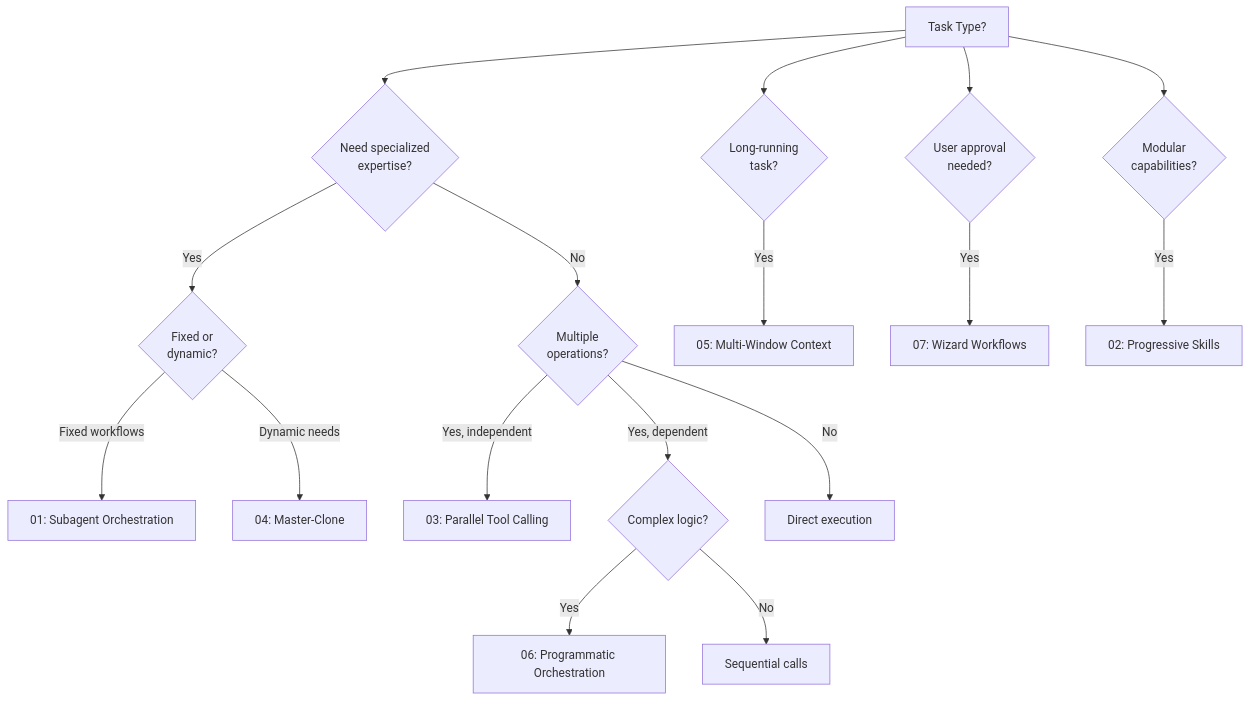
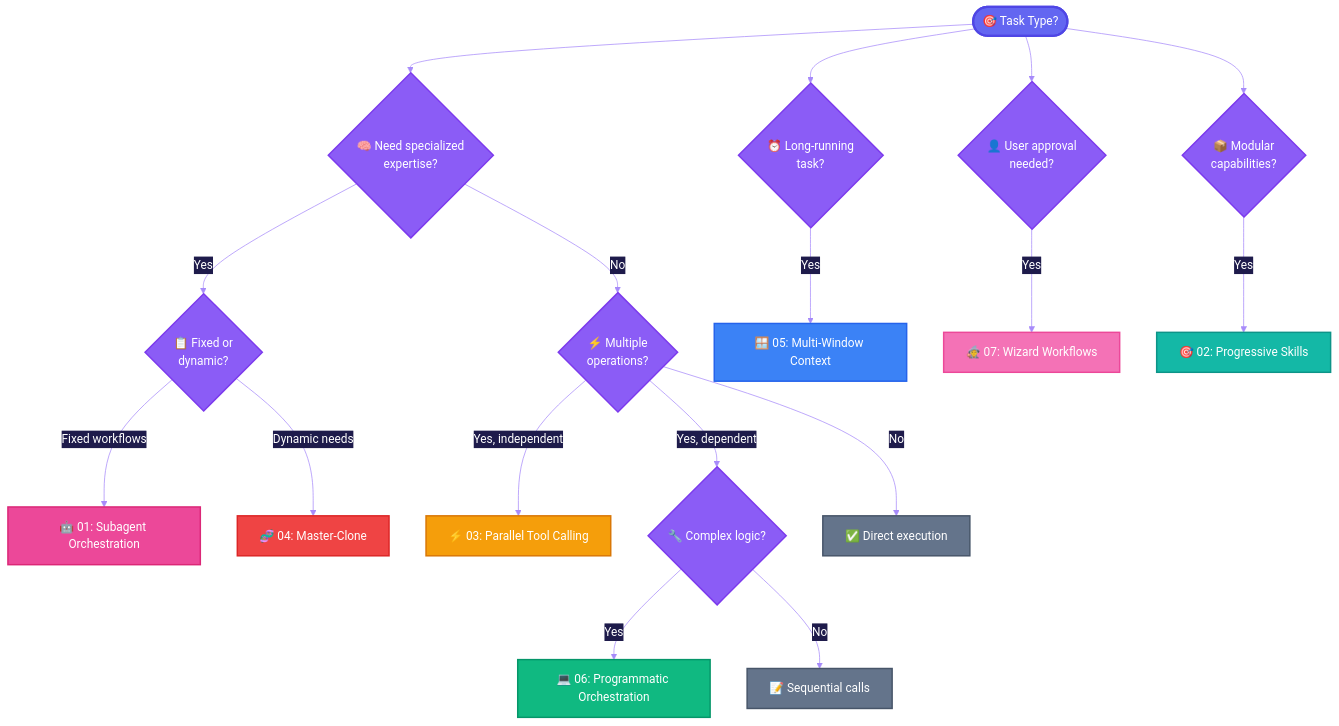
One commit to ThibautMelen/agentic-ai-systems changed the second of 6 diagrams in README.md. Above: the diagram before and after it, drawn with Mermaid. The commit also changed other lines of this file and 7 other files, not shown here.

First line of the commit message:
style(diagrams): add vibrant colors to all Mermaid diagrams

````diff
--- a/README.md
+++ b/README.md
@@ -83,26 +84,38 @@
 ```mermaid
+%%{init: {'theme': 'base', 'themeVariables': { 'primaryColor': '#8b5cf6', 'primaryTextColor': '#ffffff', 'primaryBorderColor': '#7c3aed', 'lineColor': '#a78bfa', 'secondaryColor': '#f472b6', 'tertiaryColor': '#2dd4bf', 'background': '#0f172a', 'mainBkg': '#1e1b4b', 'nodeBorder': '#a78bfa', 'clusterBkg': '#1e1b4b', 'titleColor': '#f8fafc', 'edgeLabelBackground': '#1e1b4b'}}}%%
 flowchart TD
-    Start[Task Type?] --> Q1{Need specialized<br/>expertise?}
+    Start([🎯 Task Type?]):::startNode --> Q1{🧠 Need specialized<br/>expertise?}:::questionNode
 
-    Q1 -->|Yes| Q2{Fixed or<br/>dynamic?}
-    Q1 -->|No| Q3{Multiple<br/>operations?}
+    Q1 -->|Yes| Q2{📋 Fixed or<br/>dynamic?}:::questionNode
+    Q1 -->|No| Q3{⚡ Multiple<br/>operations?}:::questionNode
 
-    Q2 -->|Fixed workflows| P1[01: Subagent Orchestration]
-    Q2 -->|Dynamic needs| P4[04: Master-Clone]
+    Q2 -->|Fixed workflows| P1[🤖 01: Subagent Orchestration]:::patternNode1
+    Q2 -->|Dynamic needs| P4[🧬 04: Master-Clone]:::patternNode4
 
-    Q3 -->|Yes, independent| P3[03: Parallel Tool Calling]
-    Q3 -->|Yes, dependent| Q4{Complex logic?}
-    Q3 -->|No| Direct[Direct execution]
+    Q3 -->|Yes, independent| P3[⚡ 03: Parallel Tool Calling]:::patternNode3
+    Q3 -->|Yes, dependent| Q4{🔧 Complex logic?}:::questionNode
+    Q3 -->|No| Direct[✅ Direct execution]:::directNode
 
-    Q4 -->|Yes| P6[06: Programmatic Orchestration]
-    Q4 -->|No| Sequential[Sequential calls]
+    Q4 -->|Yes| P6[💻 06: Programmatic Orchestration]:::patternNode6
+    Q4 -->|No| Sequential[📝 Sequential calls]:::directNode
 
-    Start --> Q5{Long-running<br/>task?}
-    Q5 -->|Yes| P5[05: Multi-Window Context]
+    Start --> Q5{⏰ Long-running<br/>task?}:::questionNode
+    Q5 -->|Yes| P5[🪟 05: Multi-Window Context]:::patternNode5
 
-    Start --> Q6{User approval<br/>needed?}
-    Q6 -->|Yes| P7[07: Wizard Workflows]
+    Start --> Q6{👤 User approval<br/>needed?}:::questionNode
+    Q6 -->|Yes| P7[🧙 07: Wizard Workflows]:::patternNode7
 
-    Start --> Q7{Modular<br/>capabilities?}
-    Q7 -->|Yes| P2[02: Progressive Skills]
+    Start --> Q7{📦 Modular<br/>capabilities?}:::questionNode
+    Q7 -->|Yes| P2[🎯 02: Progressive Skills]:::patternNode2
+
+    classDef startNode fill:#6366f1,stroke:#4f46e5,stroke-width:3px,color:#ffffff
+    classDef questionNode fill:#8b5cf6,stroke:#7c3aed,stroke-width:2px,color:#ffffff
+    classDef patternNode1 fill:#ec4899,stroke:#db2777,stroke-width:2px,color:#ffffff
+    classDef patternNode2 fill:#14b8a6,stroke:#0d9488,stroke-width:2px,color:#ffffff
+    classDef patternNode3 fill:#f59e0b,stroke:#d97706,stroke-width:2px,color:#ffffff
+    classDef patternNode4 fill:#ef4444,stroke:#dc2626,stroke-width:2px,color:#ffffff
+    classDef patternNode5 fill:#3b82f6,stroke:#2563eb,stroke-width:2px,color:#ffffff
+    classDef patternNode6 fill:#10b981,stroke:#059669,stroke-width:2px,color:#ffffff
+    classDef patternNode7 fill:#f472b6,stroke:#ec4899,stroke-width:2px,color:#ffffff
+    classDef directNode fill:#64748b,stroke:#475569,stroke-width:2px,color:#ffffff
 ```
````
